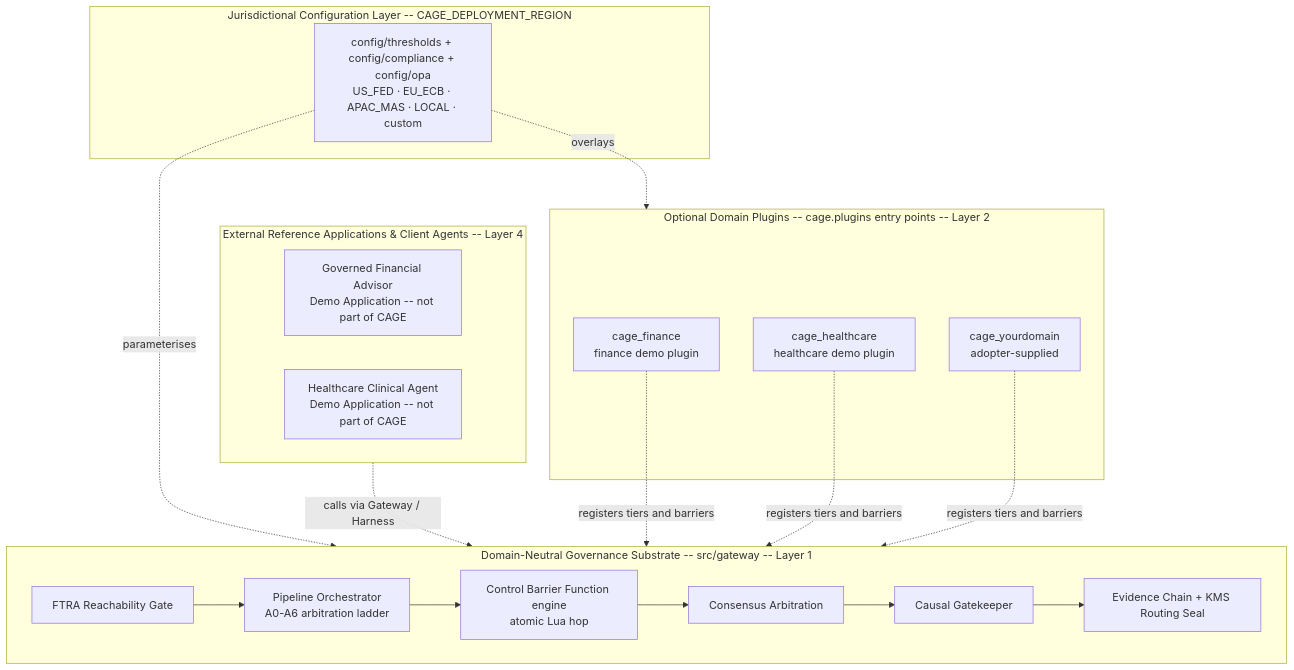
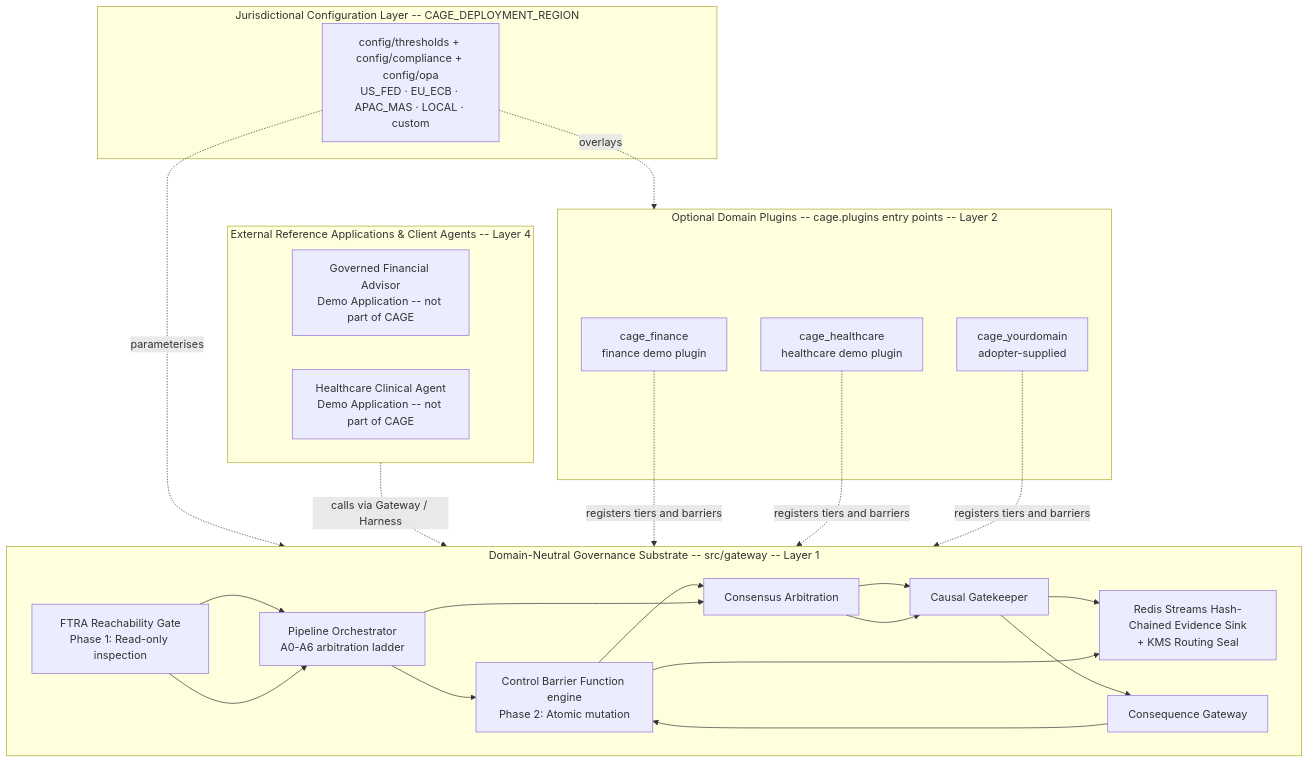
One commit to Icon369/cybernetic-agent-governance-engine changed the diagram in README.md. Above: the diagram before and after it, drawn with Mermaid. The commit also changed other lines of this file and 11 other files, not shown here.

````diff
--- a/README.md
+++ b/README.md
@@ -231,34 +232,39 @@
 ```mermaid
 graph TB
     subgraph CFG[Jurisdictional Configuration Layer -- CAGE_DEPLOYMENT_REGION]
         REG[config/thresholds + config/compliance + config/opa<br/>US_FED · EU_ECB · APAC_MAS · LOCAL · custom]
     end
 
     subgraph APP[External Reference Applications & Client Agents -- Layer 4]
         GFA[Governed Financial Advisor<br/>Demo Application -- not part of CAGE]
         HLTH_APP[Healthcare Clinical Agent<br/>Demo Application -- not part of CAGE]
     end
 
     subgraph PLG[Optional Domain Plugins -- cage.plugins entry points -- Layer 2]
         FIN[cage_finance<br/>finance demo plugin]
         HLTH[cage_healthcare<br/>healthcare demo plugin]
         CUST[cage_yourdomain<br/>adopter-supplied]
     end
 
     subgraph CORE[Domain-Neutral Governance Substrate -- src/gateway -- Layer 1]
         FTRA[FTRA Reachability Gate]
+        FTRA[FTRA Reachability Gate<br/>Phase 1: Read-only inspection]
         ORCH[Pipeline Orchestrator<br/>A0-A6 arbitration ladder]
         CBF[Control Barrier Function engine<br/>atomic Lua hop]
+        CBF[Control Barrier Function engine<br/>Phase 2: Atomic mutation]
         CONS[Consensus Arbitration]
         CAUS[Causal Gatekeeper]
         EVID[Evidence Chain + KMS Routing Seal]
+        CGW[Consequence Gateway]
+        EVID[Redis Streams Hash-Chained Evidence Sink<br/>+ KMS Routing Seal]
     end
 
     REG -.parameterises.-> CORE
     REG -.overlays.-> PLG
     APP -.calls via Gateway / Harness.-> CORE
     FIN -.registers tiers and barriers.-> CORE
     HLTH -.registers tiers and barriers.-> CORE
     CUST -.registers tiers and barriers.-> CORE
     FTRA --> ORCH --> CBF --> CONS --> CAUS --> EVID
+    FTRA --> ORCH --> CONS --> CAUS --> CGW --> CBF --> EVID
 ```
````
